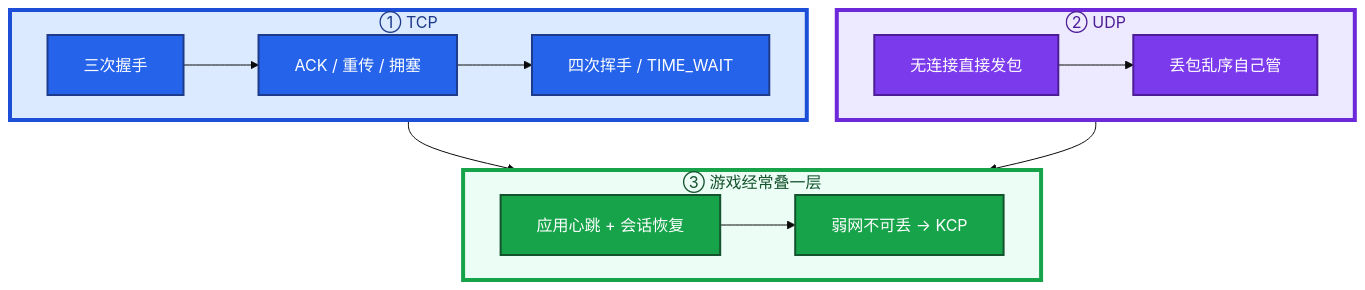
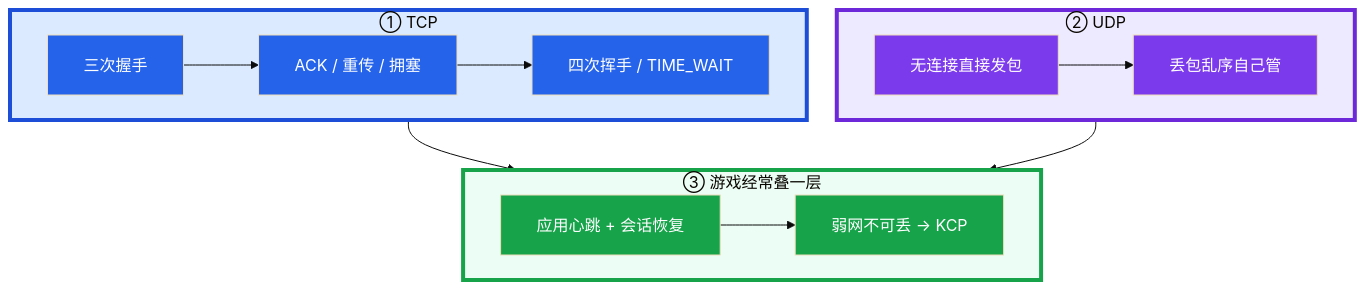
The second of 8 diagrams in 02-基础底座/08-TCP与UDP/知识点.md (ml-cuizijun/LearnToLilith), drawn with Mermaid before and after one commit. The commit also changed other lines of this file and 213 other files, not shown here.

````diff
--- a/02-基础底座/08-TCP与UDP/知识点.md
+++ b/02-基础底座/08-TCP与UDP/知识点.md
@@ -84,36 +67,36 @@
 ```mermaid
 %%{init: {"flowchart": {"padding": 18, "nodeSpacing": 30, "rankSpacing": 50}, "theme": "base"}}%%
 flowchart TB
     subgraph tcp ["① TCP"]
         h[三次握手]
         rel[ACK / 重传 / 拥塞]
         tw[四次挥手 / TIME_WAIT]
         h --> rel --> tw
     end
 
     subgraph udp ["② UDP"]
         d[无连接直接发包]
         drop[丢包乱序自己管]
         d --> drop
     end
 
     subgraph game ["③ 游戏经常叠一层"]
         hb[应用心跳 + 会话恢复]
         kcp[弱网不可丢 → KCP]
         hb --> kcp
     end
 
     tcp --> game
     udp --> game
 
-    classDef t fill:#2563EB,stroke:#1E3A8A,stroke-width:2px,color:#fff
-    classDef u fill:#7C3AED,stroke:#4C1D95,stroke-width:2px,color:#fff
-    classDef g fill:#16A34A,stroke:#14532D,stroke-width:2px,color:#fff
+    classDef t fill:#2563EB,color:#fff
+    classDef u fill:#7C3AED,color:#fff
+    classDef g fill:#16A34A,color:#fff
     class h,rel,tw t
     class d,drop u
     class hb,kcp g
 
-    style tcp fill:#DBEAFE,stroke:#1D4ED8,stroke-width:4px,color:#1E3A8A
-    style udp fill:#EDE9FE,stroke:#6D28D9,stroke-width:4px,color:#4C1D95
-    style game fill:#ECFDF5,stroke:#16A34A,stroke-width:4px,color:#14532D
+    style tcp fill:#DBEAFE,stroke:#1D4ED8,stroke-width:4px
+    style udp fill:#EDE9FE,stroke:#6D28D9,stroke-width:4px
+    style game fill:#ECFDF5,stroke:#16A34A,stroke-width:4px
 ```
````
